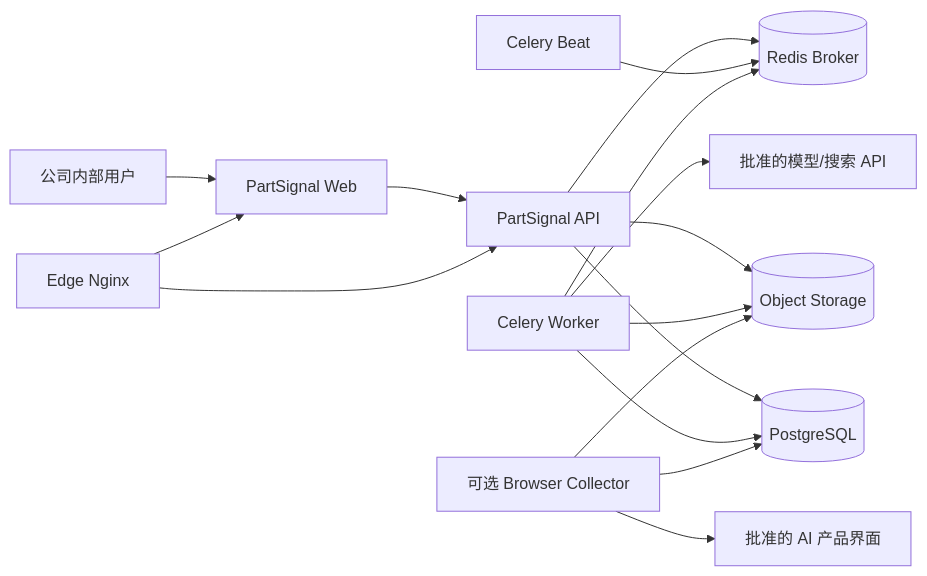
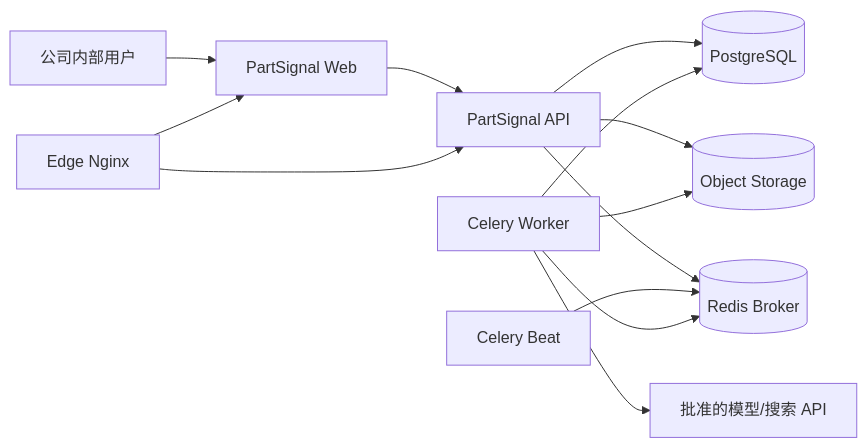
The first of 2 diagrams in docs/geo-monitoring/03-technical/01-technical-architecture.md (ccisnoxx/partsignal), drawn with Mermaid before and after one commit. The commit also changed other lines of this file and 230 other files, not shown here.

````diff
--- a/docs/geo-monitoring/03-technical/01-technical-architecture.md
+++ b/docs/geo-monitoring/03-technical/01-technical-architecture.md
@@ -47,18 +49,15 @@
 ```mermaid
 flowchart LR
     Staff[公司内部用户] --> Web[PartSignal Web]
     Web --> API[PartSignal API]
     API --> PG[(PostgreSQL)]
     API --> OSS[(Object Storage)]
     API --> Redis[(Redis Broker)]
     Scheduler[Celery Beat] --> Redis
     Worker[Celery Worker] --> Redis
     Worker --> PG
     Worker --> OSS
     Worker --> AIAPI[批准的模型/搜索 API]
-    BrowserWorker[可选 Browser Collector] --> PG
-    BrowserWorker --> OSS
-    BrowserWorker --> AIUI[批准的 AI 产品界面]
     Nginx[Edge Nginx] --> Web
     Nginx --> API
 ```
````
